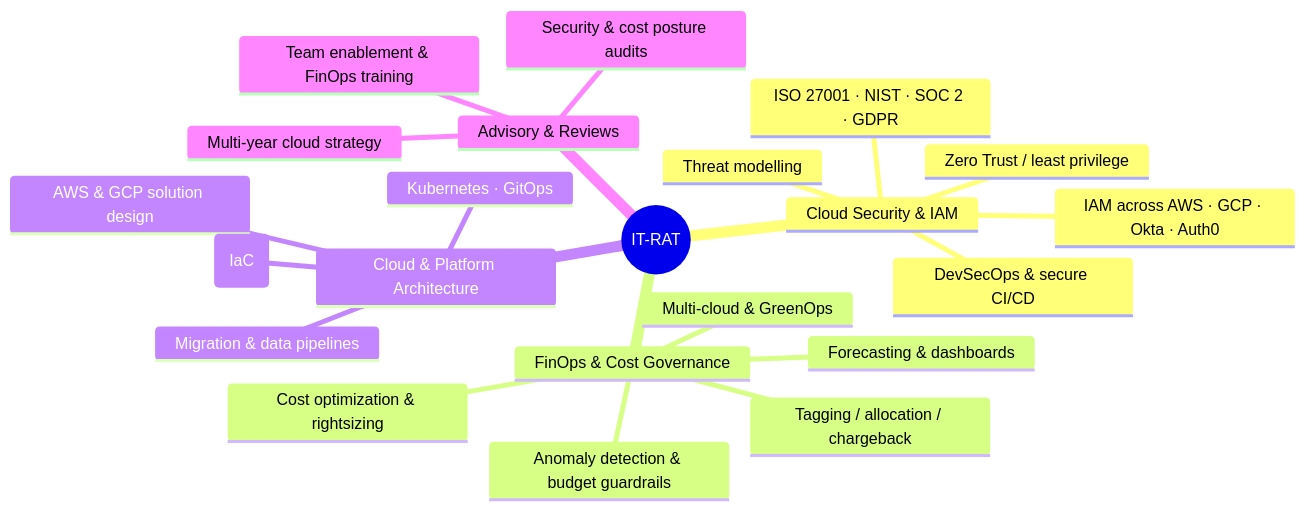
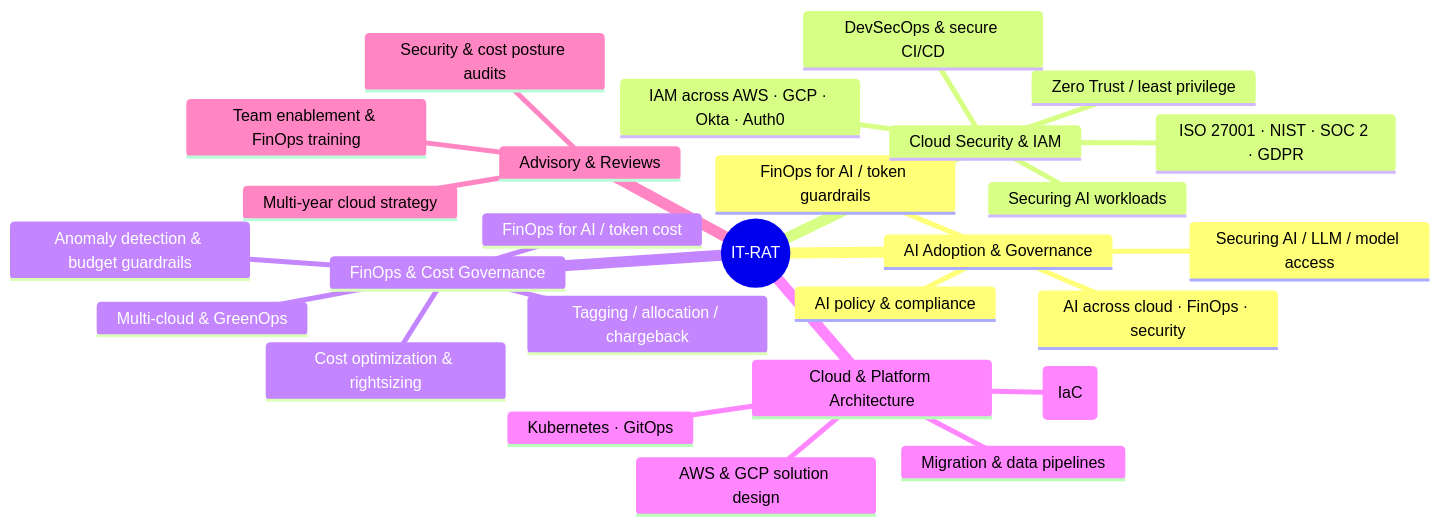
Before and after one commit to it-rat/it-rat.github.io: the third of 4 diagrams in README.md, drawn with Mermaid. The commit also changed other lines of this file and 2 other files, not shown here.

First line of the commit message:
feat: emphasize governed AI adoption across the site

````diff
--- a/README.md
+++ b/README.md
@@ -78,25 +80,30 @@
 ```mermaid
 mindmap
   root((IT-RAT))
+    AI Adoption & Governance
+      AI across cloud · FinOps · security
+      Securing AI / LLM / model access
+      FinOps for AI / token guardrails
+      AI policy & compliance
     Cloud Security & IAM
       Zero Trust / least privilege
       IAM across AWS · GCP · Okta · Auth0
       DevSecOps & secure CI/CD
-      Threat modelling
+      Securing AI workloads
       ISO 27001 · NIST · SOC 2 · GDPR
     FinOps & Cost Governance
       Cost optimization & rightsizing
       Tagging / allocation / chargeback
       Anomaly detection & budget guardrails
-      Forecasting & dashboards
+      FinOps for AI / token cost
       Multi-cloud & GreenOps
     Cloud & Platform Architecture
       AWS & GCP solution design
       Kubernetes · GitOps
       Terraform / Terragrunt (IaC)
       Migration & data pipelines
     Advisory & Reviews
       Security & cost posture audits
       Multi-year cloud strategy
       Team enablement & FinOps training
 ```
````
